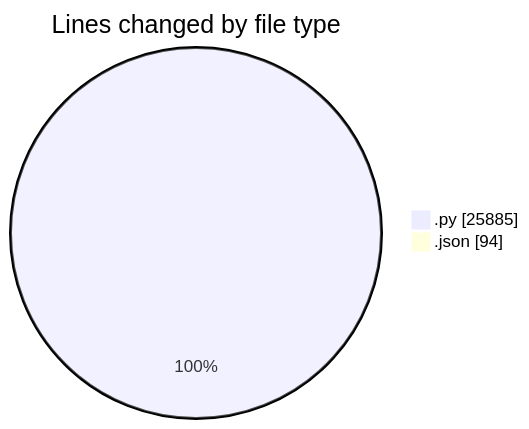
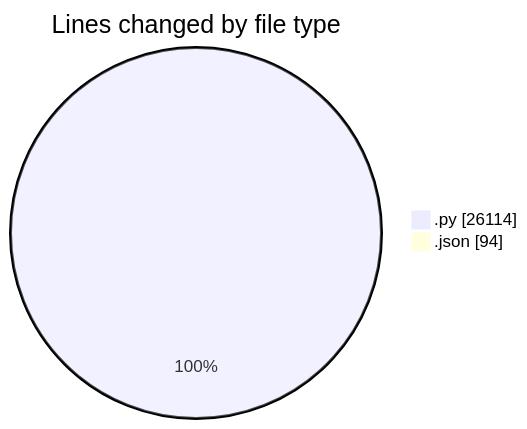
The first of 2 diagrams in 2025-07-14/telebot/README.md (jrari/code-tracking), drawn with Mermaid before and after one commit. The commit also changed other lines of this file and 1 other file, not shown here.

````diff
--- a/2025-07-14/telebot/README.md
+++ b/2025-07-14/telebot/README.md
@@ -50,6 +50,6 @@
 ```mermaid
 pie showData
 title Lines changed by file type
-".py" : 25885
+".py" : 26114
 ".json" : 94
 ```
````
